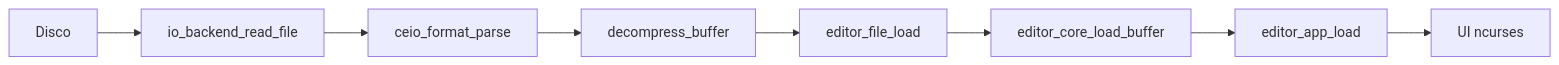
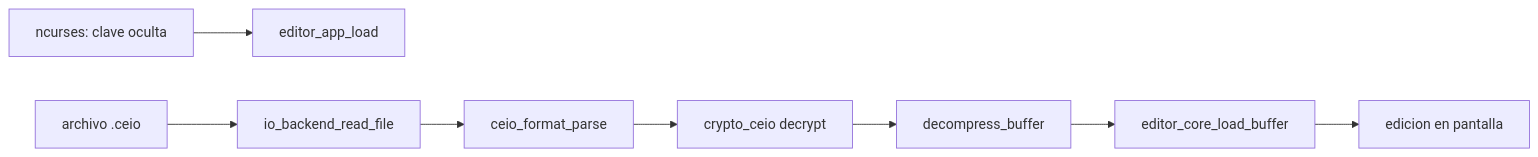
One commit to Ang3l1485/FinalProject_Encryption changed the second of 2 diagrams in docs/report.md. Above: the diagram before and after it, drawn with Mermaid. The commit also changed other lines of this file and 10 other files, not shown here.

````diff
--- a/docs/report.md
+++ b/docs/report.md
@@ -116,10 +48,10 @@
 ```mermaid
 flowchart LR
-    DISK["Disco"] --> IO["io_backend_read_file"]
+    UI["ncurses: clave oculta"] --> APP["editor_app_load"]
+    DISK["archivo .ceio"] --> IO["io_backend_read_file"]
     IO --> FORMAT["ceio_format_parse"]
-    FORMAT --> ZLIB["decompress_buffer"]
-    ZLIB --> FILE["editor_file_load"]
-    FILE --> CORE["editor_core_load_buffer"]
-    CORE --> APP["editor_app_load"]
-    APP --> UI["UI ncurses"]
+    FORMAT --> CRYPTO["crypto_ceio decrypt"]
+    CRYPTO --> ZLIB["decompress_buffer"]
+    ZLIB --> CORE["editor_core_load_buffer"]
+    CORE --> UI2["edicion en pantalla"]
 ```
````
